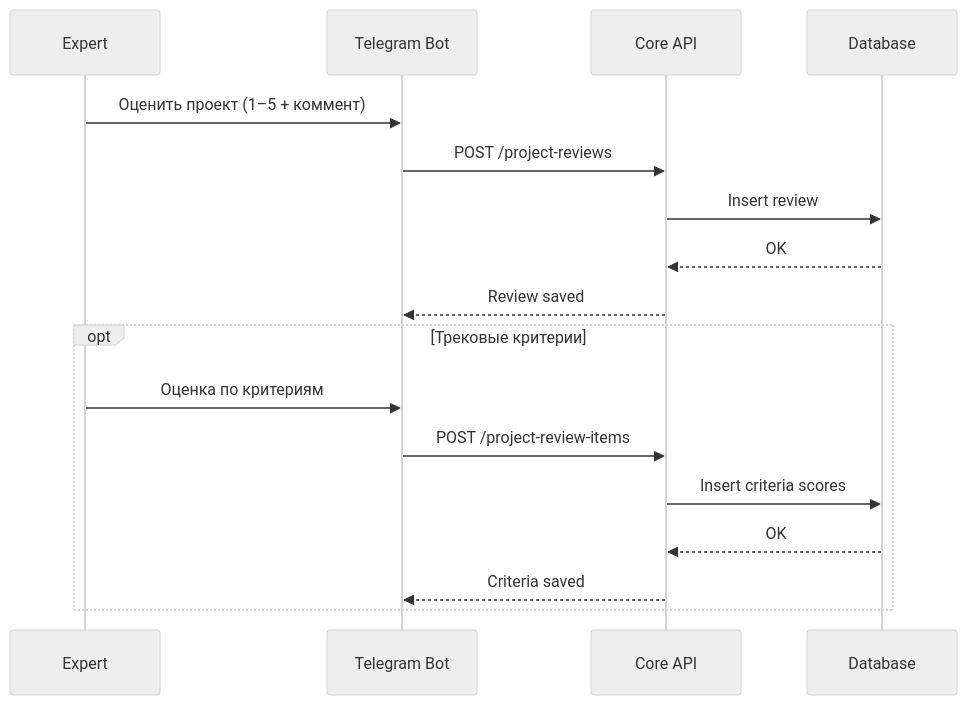
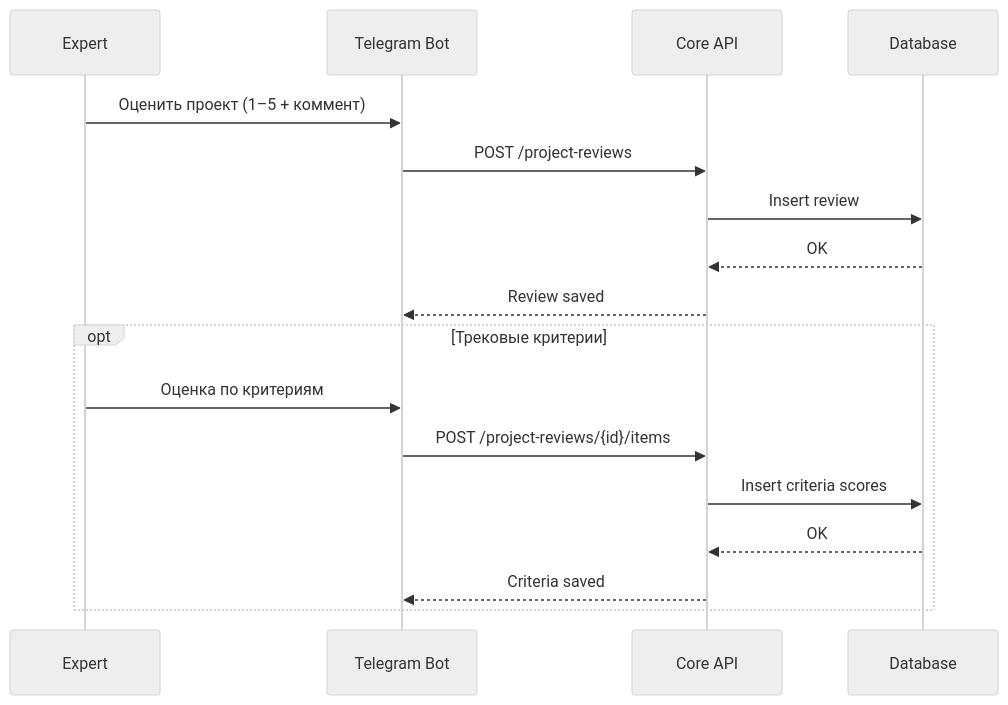
The third of 8 diagrams in docs/02-specification/09-sequence-diagrams.md (demoday-ai/eventai-platform), drawn with Mermaid (neutral theme) before and after one commit. The commit also changed other lines of this file and 7 other files, not shown here.

````diff
--- a/docs/02-specification/09-sequence-diagrams.md
+++ b/docs/02-specification/09-sequence-diagrams.md
@@ -107,21 +131,21 @@
 ```mermaid
 sequenceDiagram
     participant U as Expert
     participant B as Telegram Bot
     participant A as Core API
     participant D as Database
 
     U->>B: Оценить проект (1–5 + коммент)
     B->>A: POST /project-reviews
     A->>D: Insert review
     D-->>A: OK
     A-->>B: Review saved
 
     opt Трековые критерии
         U->>B: Оценка по критериям
-        B->>A: POST /project-review-items
+        B->>A: POST /project-reviews/{id}/items
         A->>D: Insert criteria scores
         D-->>A: OK
         A-->>B: Criteria saved
     end
 ```
````
